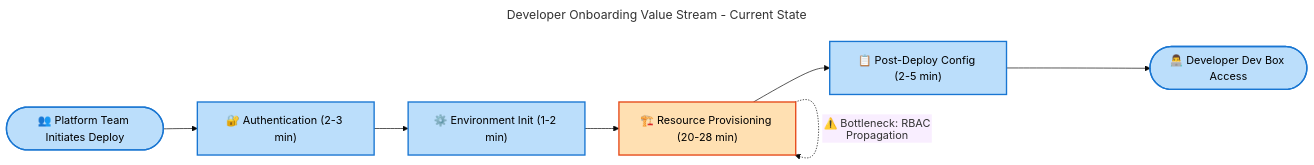
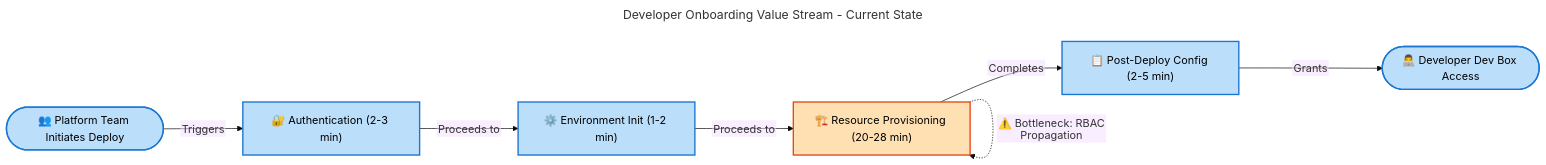
One commit to Evilazaro/DevExp-DevBox changed the fifth of 5 diagrams in docs/Business-Architecture-BDAT.md. Above: the diagram before and after it, drawn with Mermaid. The commit also changed other lines of this file, not shown here.

Commit message:
Refine flowchart connections in Business Architecture Document for improved clarity and understanding

````diff
--- a/docs/Business-Architecture-BDAT.md
+++ b/docs/Business-Architecture-BDAT.md
@@ -708,35 +708,35 @@
 ```mermaid
 ---
 title: Developer Onboarding Value Stream - Current State
 config:
   theme: base
   flowchart:
     htmlLabels: false
 ---
 flowchart LR
     accTitle: Developer Onboarding Value Stream showing process phases and durations
     accDescr: End-to-end workflow from initiation to Dev Box access with time metrics
 
     %% STANDARD COLOR SCHEME v2.1 - Material Design 3
     %% Semantic Colors (Functional Content - 100-level shades)
     classDef mdBlue fill:#BBDEFB,stroke:#1976D2,stroke-width:2px,color:#000
     classDef mdOrange fill:#FFE0B2,stroke:#E64A19,stroke-width:2px,color:#000
 
     start([👥 Platform Team Initiates Deploy]):::mdBlue
     auth["🔐 Authentication (2-3 min)"]:::mdBlue
     init["⚙️ Environment Init (1-2 min)"]:::mdBlue
     provision["🏗️ Resource Provisioning (20-28 min)"]:::mdOrange
     config["📋 Post-Deploy Config (2-5 min)"]:::mdBlue
     complete([👨‍💻 Developer Dev Box Access]):::mdBlue
 
-    start --> auth
-    auth --> init
-    init --> provision
-    provision --> config
-    config --> complete
+    start -->|"Triggers"| auth
+    auth -->|"Proceeds to"| init
+    init -->|"Proceeds to"| provision
+    provision -->|"Completes"| config
+    config -->|"Grants"| complete
 
     %% Annotations
     provision -.->|"⚠️ Bottleneck: RBAC Propagation"| provision
 
     %% Accessibility: WCAG AA verified (4.5:1 contrast ratio)
 ```
````
